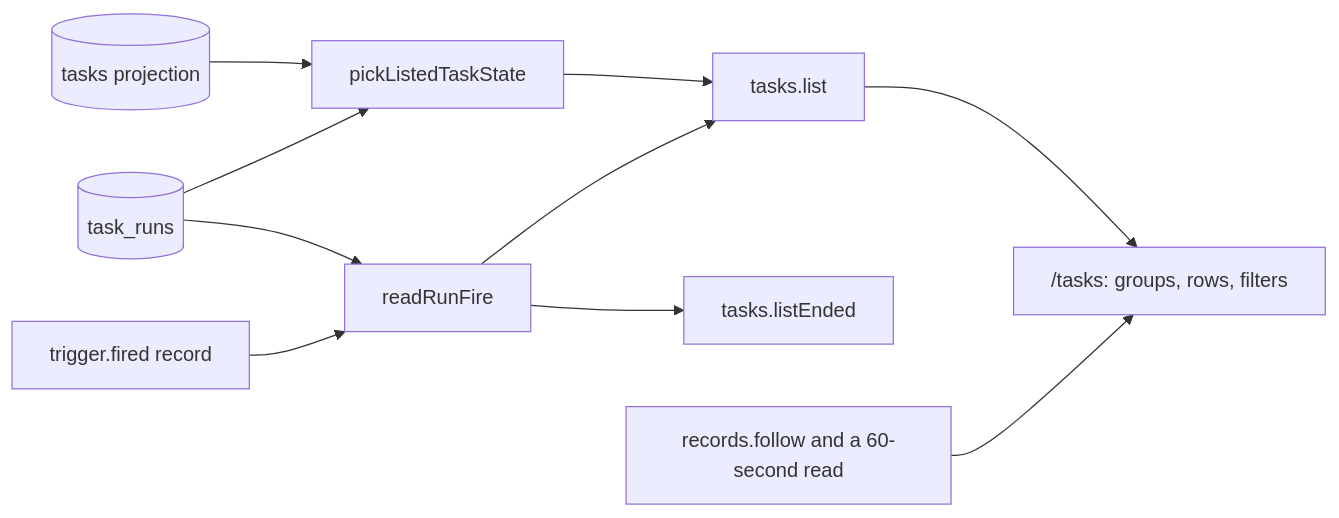
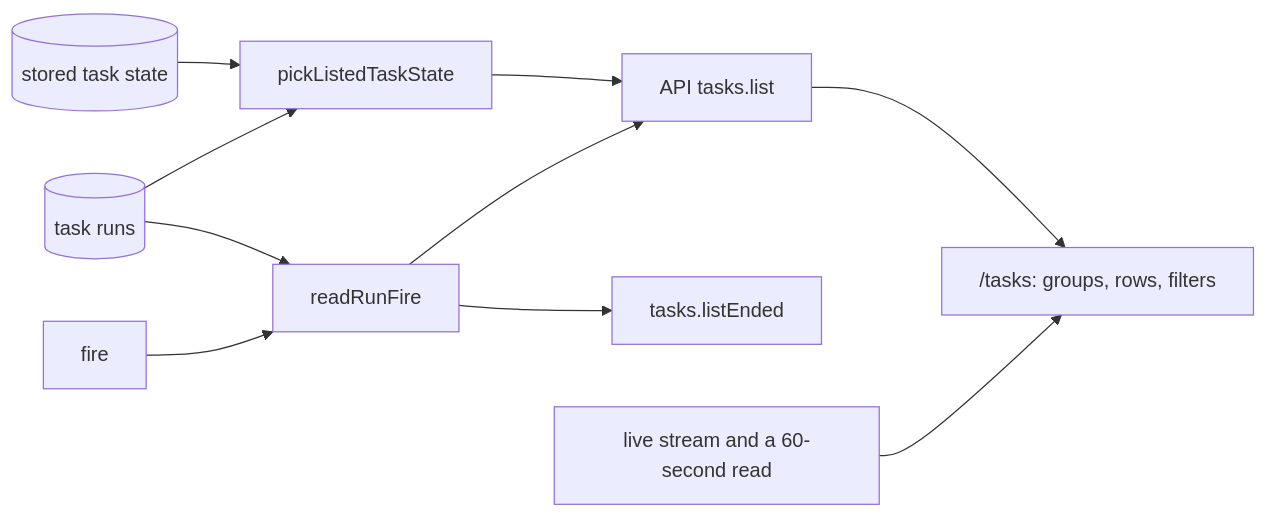
The diagram in docs/design/queue/live-view-dashboard.md (zgeoff/nixie), drawn with Mermaid before and after one commit. The commit also changed other lines of this file and 1 other file, not shown here.

Commit message:
docs: answer the second cold read of the live view designs

````diff
--- a/docs/design/queue/live-view-dashboard.md
+++ b/docs/design/queue/live-view-dashboard.md
@@ -29,12 +34,12 @@
 ```mermaid
 flowchart LR
-  tasks[(tasks projection)] --> pick[pickListedTaskState]
-  runs[(task_runs)] --> pick
+  tasks[(stored task state)] --> pick[pickListedTaskState]
+  runs[(task runs)] --> pick
   runs --> fire[readRunFire]
-  fired[trigger.fired record] --> fire
-  pick --> list["tasks.list"]
+  fired[fire] --> fire
+  pick --> list["API tasks.list"]
   fire --> list
   fire --> ended["tasks.listEnded"]
   list --> dash["/tasks: groups, rows, filters"]
-  follow["records.follow and a 60-second read"] --> dash
+  stream["live stream and a 60-second read"] --> dash
 ```
````
